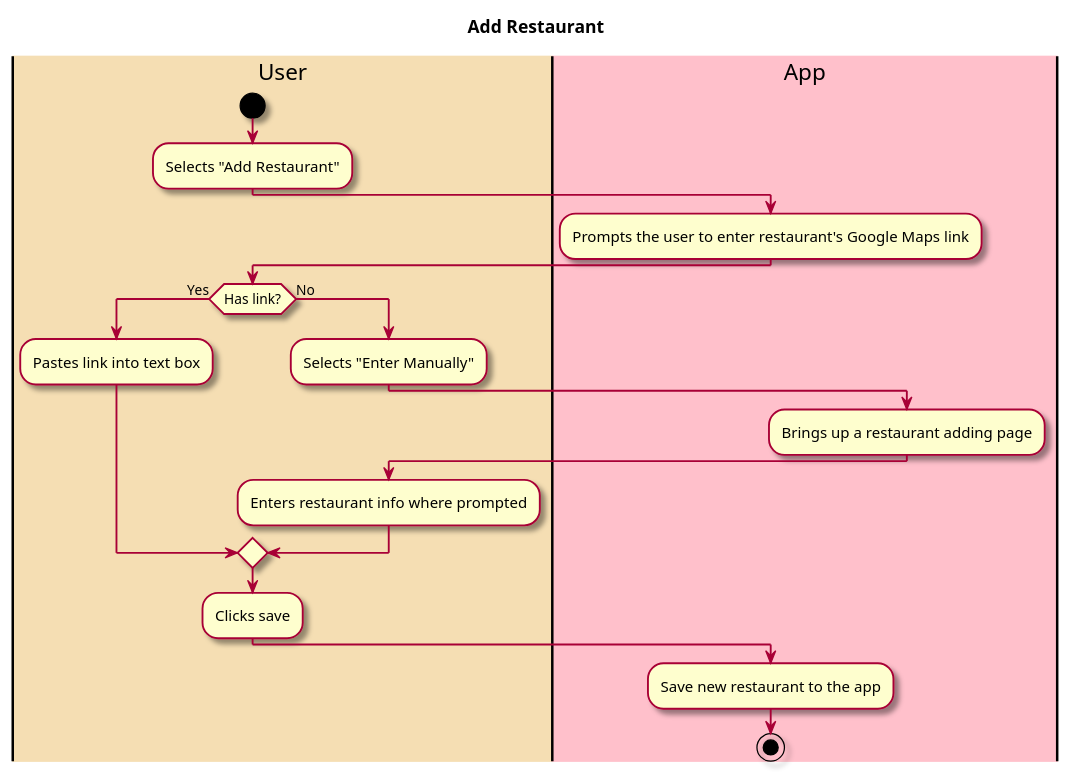
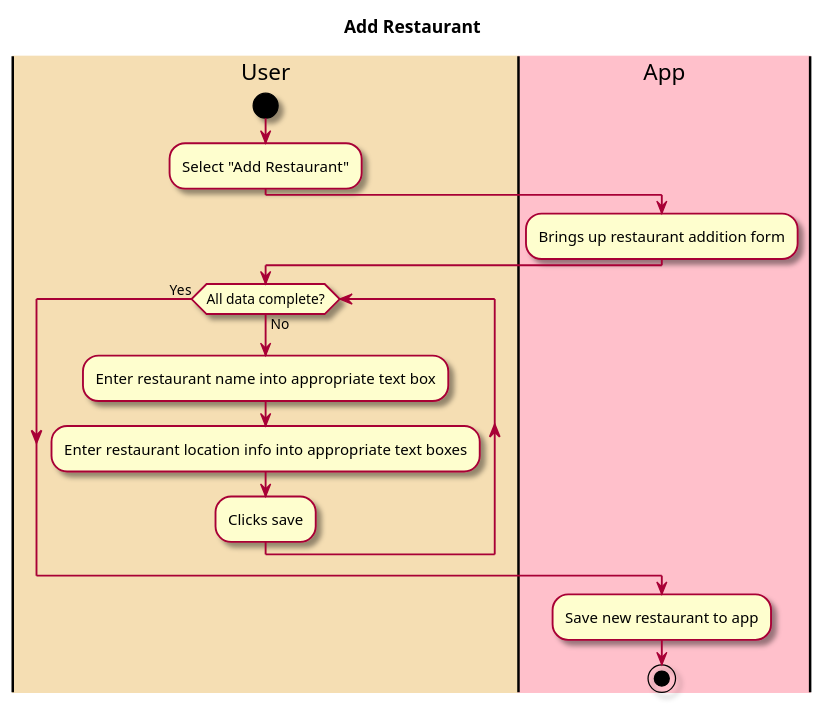
One commit to tanwasp/LunchBox-Android changed the diagram in intellij/doc/use_cases/add-restaurant.md. Above: the diagram before and after it, drawn with PlantUML. The commit also changed other lines of this file and 2 other files, not shown here.

Commit message:
Update iteration plan

````diff
--- a/intellij/doc/use_cases/add-restaurant.md
+++ b/intellij/doc/use_cases/add-restaurant.md
@@ -22,37 +22,31 @@
 ```plantuml
 @startuml
 
 skin rose
 
 title Add Restaurant
 
 'define the lanes
 |#wheat|User|
 |#pink|App|
 
 |User|
 start
-:Selects "Add Restaurant";
+:Select "Add Restaurant";
 
 |App|
-:Prompts the user to enter restaurant's Google Maps link;
+:Brings up restaurant addition form;
 
 |User|
-if (Has link?) is (Yes) then
-:Pastes link into text box;
-else (No)
-:Selects "Enter Manually";
-|App|
-:Brings up a restaurant adding page;
-|User|
-:Enters restaurant info where prompted;
-endif
-
+while (All data complete?) is (No)
+:Enter restaurant name into appropriate text box;
+:Enter restaurant location info into appropriate text boxes;
 :Clicks save;
+endwhile (Yes)
 
 |App|
-:Save new restaurant to the app;
+:Save new restaurant to app;
 
 stop
 @enduml
 ```
````
